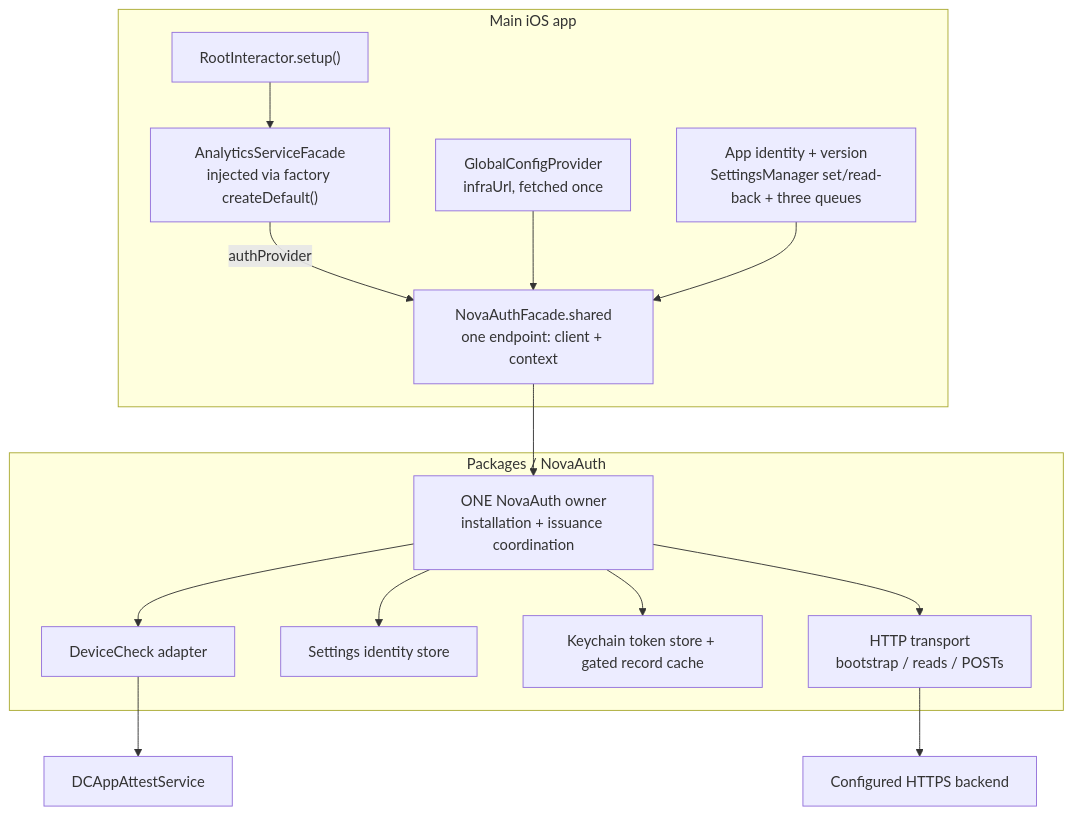
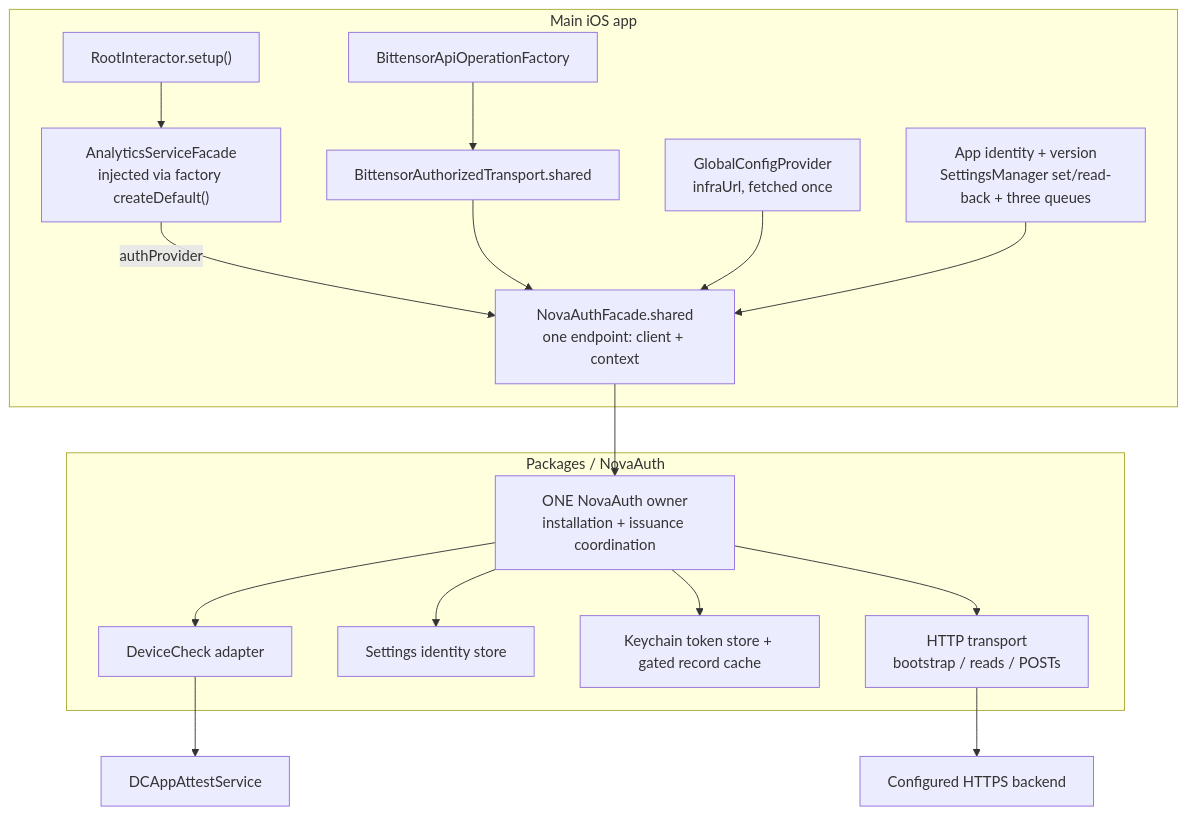
One commit to novasamatech/nova-wallet-ios changed the first of 8 diagrams in .claude/docs/architecture/novaauth-client-diagrams.md. Above: the diagram before and after it, drawn with Mermaid. The commit also changed other lines of this file and 5 other files, not shown here.

````diff
--- a/.claude/docs/architecture/novaauth-client-diagrams.md
+++ b/.claude/docs/architecture/novaauth-client-diagrams.md
@@ -13,18 +13,20 @@
 ```mermaid
 flowchart TB
   subgraph APP["Main iOS app"]
     ROOT["RootInteractor.setup()"] --> AF["AnalyticsServiceFacade<br/>injected via factory createDefault()"]
+    BT["BittensorApiOperationFactory"] --> TR["BittensorAuthorizedTransport.shared"]
     AF -- "authProvider" --> F["NovaAuthFacade.shared<br/>one endpoint: client + context"]
+    TR --> F
     CONFIG["GlobalConfigProvider<br/>infraUrl, fetched once"] --> F
     HOST["App identity + version<br/>SettingsManager set/read-back + three queues"] --> F
   end
   subgraph PACKAGE["Packages / NovaAuth"]
     F --> OWNER["ONE NovaAuth owner<br/>installation + issuance coordination"]
     OWNER --> APPLE["DeviceCheck adapter"]
     OWNER --> STATE["Settings identity store"]
     OWNER --> TOKEN["Keychain token store + gated record cache"]
     OWNER --> HTTP["HTTP transport<br/>bootstrap / reads / POSTs"]
   end
   HTTP --> BACKEND["Configured HTTPS backend"]
   APPLE --> OS["DCAppAttestService"]
 ```
````
